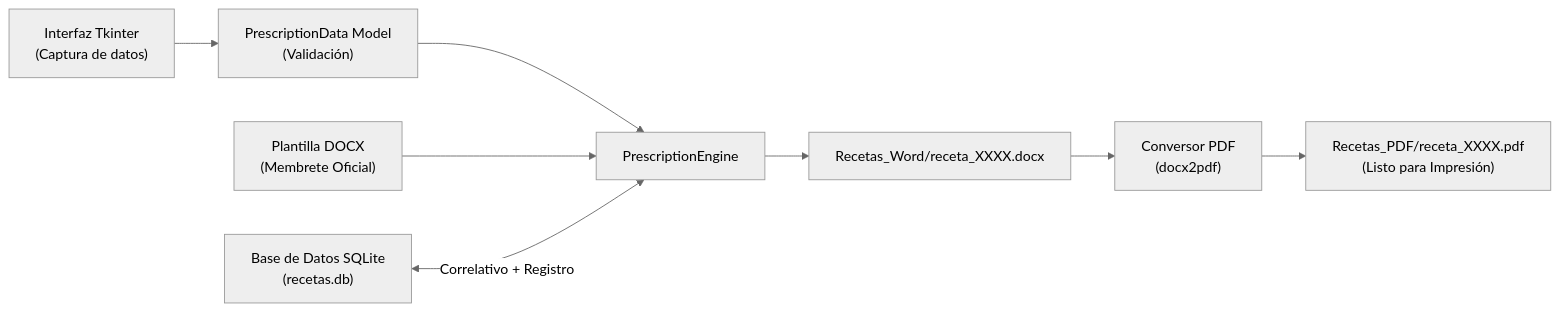
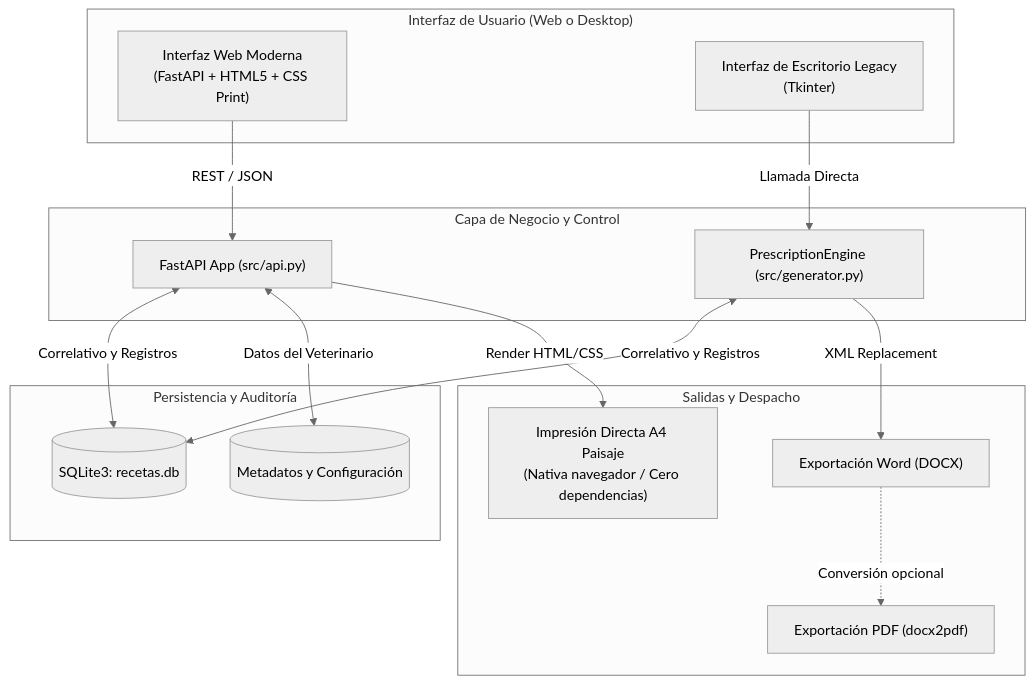
Before and after one commit to Klopezxd/vet-prescription-generator: the diagram in README.md, drawn with Mermaid (neutral theme). The commit also changed other lines of this file and 7 other files, not shown here.

Commit message:
feat: implement web-based Agrocalidad prescription system with live preview, FastAPI, and printable A4 layout

````diff
--- a/README.md
+++ b/README.md
@@ -35,10 +34,34 @@
 ```mermaid
-flowchart LR
-    A["Interfaz Tkinter<br>(Captura de datos)"] --> B["PrescriptionData Model<br>(Validación)"]
-    B --> C["PrescriptionEngine"]
-    D["Plantilla DOCX<br>(Membrete Oficial)"] --> C
-    E["Base de Datos SQLite<br>(recetas.db)"] <-->|Correlativo + Registro| C
-    C --> F["Recetas_Word/receta_XXXX.docx"]
-    F --> G["Conversor PDF<br>(docx2pdf)"]
-    G --> H["Recetas_PDF/receta_XXXX.pdf<br>(Listo para Impresión)"]
+flowchart TD
+    subgraph Frontend["Interfaz de Usuario (Web o Desktop)"]
+        UI_Web["Interfaz Web Moderna<br>(FastAPI + HTML5 + CSS Print)"]
+        UI_Desk["Interfaz de Escritorio Legacy<br>(Tkinter)"]
+    end
+
+    subgraph Backend["Capa de Negocio y Control"]
+        API["FastAPI App (src/api.py)"]
+        Engine["PrescriptionEngine (src/generator.py)"]
+    end
+
+    subgraph Storage["Persistencia y Auditoría"]
+        DB[(SQLite3: recetas.db)]
+        Meta[(Metadatos y Configuración)]
+    end
+
+    subgraph Outputs["Salidas y Despacho"]
+        Print["Impresión Directa A4 Paisaje<br>(Nativa navegador / Cero dependencias)"]
+        Docx["Exportación Word (DOCX)"]
+        Pdf["Exportación PDF (docx2pdf)"]
+    end
+
+    UI_Web -->|REST / JSON| API
+    UI_Desk -->|Llamada Directa| Engine
+
+    API <-->|Correlativo y Registros| DB
+    API <-->|Datos del Veterinario| Meta
+    Engine <-->|Correlativo y Registros| DB
+
+    API -->|Render HTML/CSS| Print
+    Engine -->|XML Replacement| Docx
+    Docx -.->|Conversión opcional| Pdf
 ```
````
